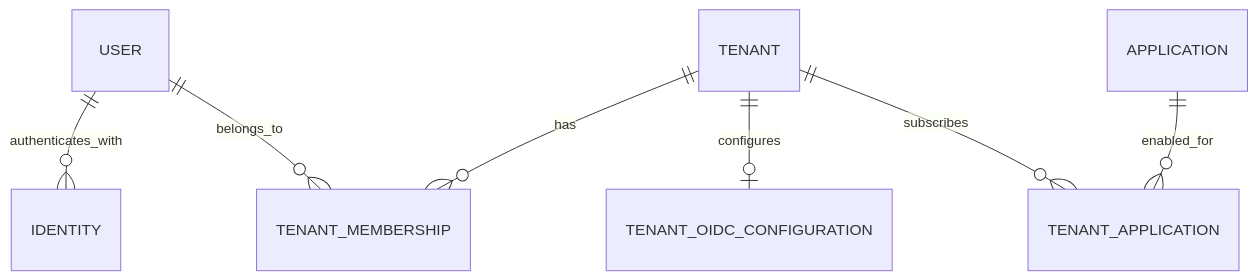
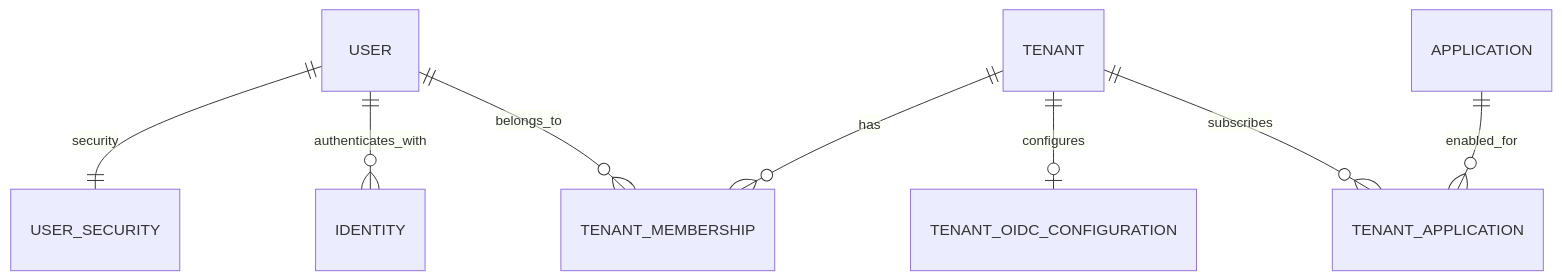
One commit to hyoungsookim/passport changed the second of 2 diagrams in docs/REQUIREMENTS.md. Above: the diagram before and after it, drawn with Mermaid. The commit also changed other lines of this file and 2 other files, not shown here.

First line of the commit message:
Enhance API contract and DB model documentation for user security management

````diff
--- a/docs/REQUIREMENTS.md
+++ b/docs/REQUIREMENTS.md
@@ -341,9 +342,10 @@
 ```mermaid
 erDiagram
+    USER ||--|| USER_SECURITY : security
     USER ||--o{ IDENTITY : authenticates_with
     USER ||--o{ TENANT_MEMBERSHIP : belongs_to
     TENANT ||--o{ TENANT_MEMBERSHIP : has
     TENANT ||--o| TENANT_OIDC_CONFIGURATION : configures
     TENANT ||--o{ TENANT_APPLICATION : subscribes
     APPLICATION ||--o{ TENANT_APPLICATION : enabled_for
 ```
````
